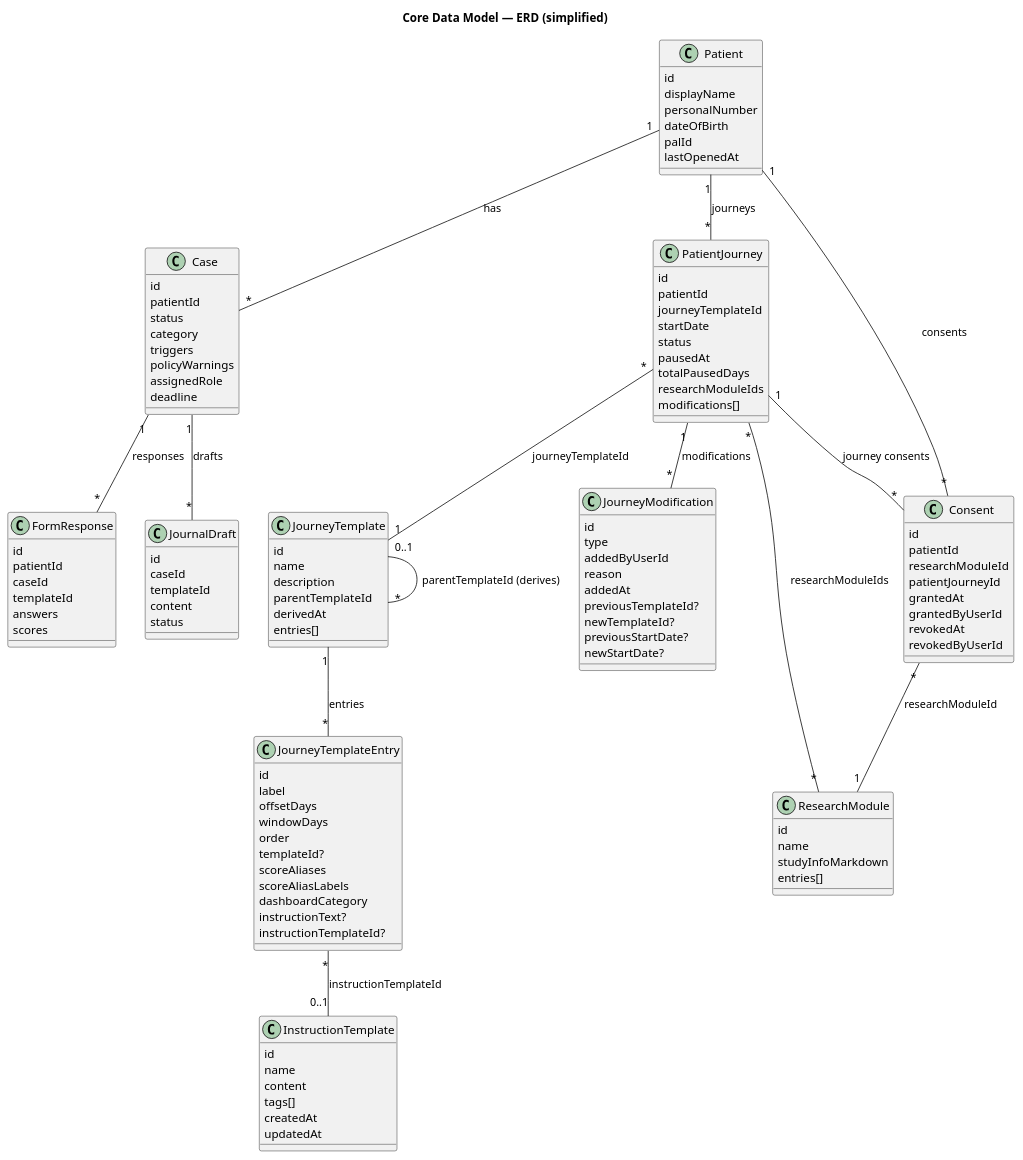
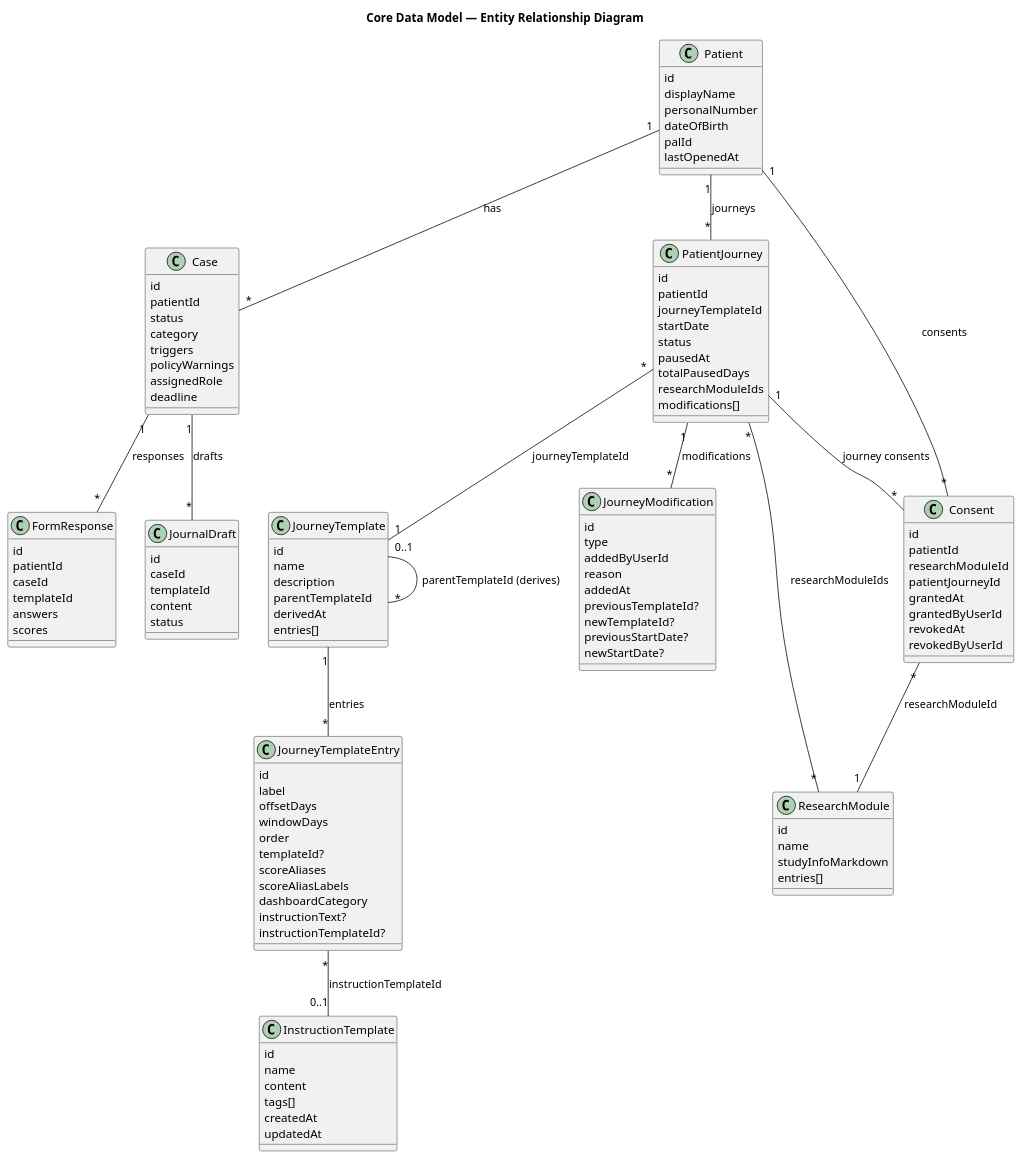
One commit to gforge/DUK changed the diagram in docs/diagrams/core-data-model.puml. Above: the diagram before and after it, drawn with PlantUML. The commit also changed 38 other files, not shown here.

```diff
--- a/docs/diagrams/core-data-model.puml
+++ b/docs/diagrams/core-data-model.puml
@@ -1,129 +1,129 @@
 @startuml
-title Core Data Model — ERD (simplified)
+title Core Data Model — Entity Relationship Diagram
 
 class Patient {
   id
   displayName
   personalNumber
   dateOfBirth
   palId
   lastOpenedAt
 }
 
 class Case {
   id
   patientId
   status
   category
   triggers
   policyWarnings
   assignedRole
   deadline
 }
 
 class PatientJourney {
   id
   patientId
   journeyTemplateId
   startDate
   status
   pausedAt
   totalPausedDays
   researchModuleIds
   modifications[]
 }
 
 class JourneyTemplate {
   id
   name
   description
   parentTemplateId
   derivedAt
   entries[]
 }
 
 class JourneyTemplateEntry {
   id
   label
   offsetDays
   windowDays
   order
   templateId?
   scoreAliases
   scoreAliasLabels
   dashboardCategory
   instructionText?
   instructionTemplateId?
 }
 
 class InstructionTemplate {
   id
   name
   content
   tags[]
   createdAt
   updatedAt
 }
 
 class JourneyModification {
   id
   type
   addedByUserId
   reason
   addedAt
   previousTemplateId?
   newTemplateId?
   previousStartDate?
   newStartDate?
 }
 
 class ResearchModule {
   id
   name
   studyInfoMarkdown
   entries[]
 }
 
 class Consent {
   id
   patientId
   researchModuleId
   patientJourneyId
   grantedAt
   grantedByUserId
   revokedAt
   revokedByUserId
 }
 
 class FormResponse {
   id
   patientId
   caseId
   templateId
   answers
   scores
 }
 
 class JournalDraft {
   id
   caseId
   templateId
   content
   status
 }
 
 Patient "1" -- "*" Case : has
 Patient "1" -- "*" PatientJourney : journeys
 Patient "1" -- "*" Consent : consents
 Case "1" -- "*" FormResponse : responses
 Case "1" -- "*" JournalDraft : drafts
 JourneyTemplate "1" -- "*" JourneyTemplateEntry : entries
 JourneyTemplate "0..1" -- "*" JourneyTemplate : parentTemplateId (derives)
 PatientJourney "*" -- "1" JourneyTemplate : journeyTemplateId
 PatientJourney "1" -- "*" JourneyModification : modifications
 PatientJourney "1" -- "*" Consent : journey consents
 PatientJourney "*" -- "*" ResearchModule : researchModuleIds
 JourneyTemplateEntry "*" -- "0..1" InstructionTemplate : instructionTemplateId
 Consent "*" -- "1" ResearchModule : researchModuleId
 
 @enduml
```
